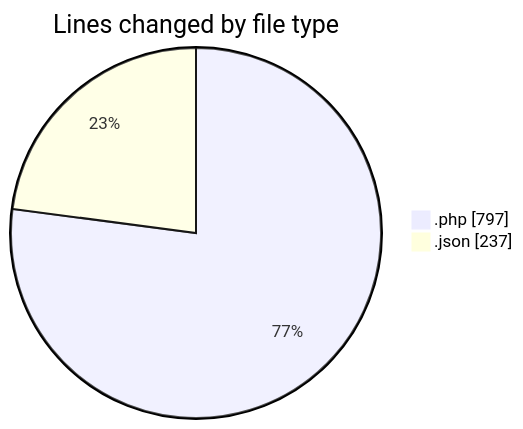
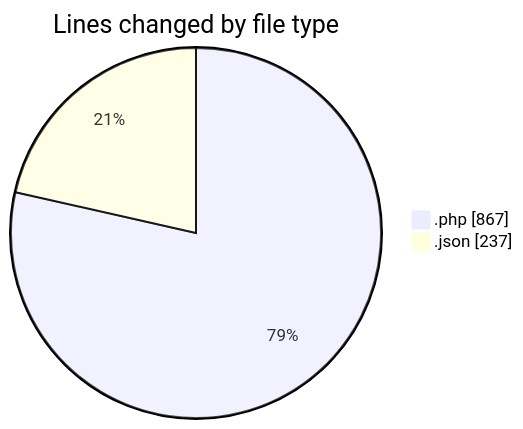
Before and after one commit to idhammustaqopulfikri/code-tracking: the first of 2 diagrams in 2025-06-17/studio-backend/README.md, drawn with Mermaid. The commit also changed other lines of this file and 1 other file, not shown here.

````diff
--- a/2025-06-17/studio-backend/README.md
+++ b/2025-06-17/studio-backend/README.md
@@ -23,6 +23,6 @@
 ```mermaid
 pie showData
 title Lines changed by file type
-".php" : 797
+".php" : 867
 ".json" : 237
 ```
````
